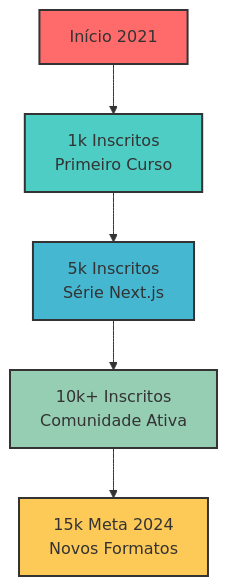
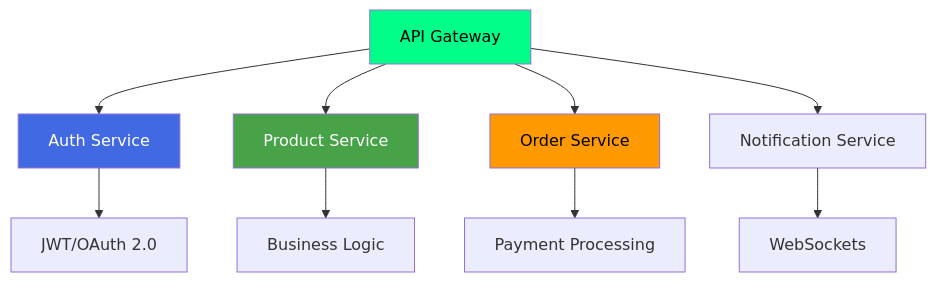
Before and after one commit to mentech93/mentech93: the second of 7 diagrams in README.md, drawn with Mermaid. The commit also changed other lines of this file, not shown here.

````diff
--- a/README.md
+++ b/README.md
@@ -165,13 +108,17 @@
 ```mermaid
-graph TD
-    A[Início 2021] --> B[1k Inscritos<br/>Primeiro Curso];
-    B --> C[5k Inscritos<br/>Série Next.js];
-    C --> D[10k+ Inscritos<br/>Comunidade Ativa];
-    D --> E[15k Meta 2024<br/>Novos Formatos];
+graph TB
+    A[API Gateway] --> B[Auth Service]
+    A --> C[Product Service]
+    A --> D[Order Service]
+    A --> E[Notification Service]
     
-    style A fill:#ff6b6b,stroke:#333,stroke-width:2px
-    style B fill:#4ecdc4,stroke:#333,stroke-width:2px
-    style C fill:#45b7d1,stroke:#333,stroke-width:2px
-    style D fill:#96ceb4,stroke:#333,stroke-width:2px
-    style E fill:#feca57,stroke:#333,stroke-width:2px
+    B --> F[JWT/OAuth 2.0]
+    C --> G[Business Logic]
+    D --> H[Payment Processing]
+    E --> I[WebSockets]
+    
+    style A fill:#00ff88,color:#000
+    style B fill:#4169E1,color:#fff
+    style C fill:#47A248,color:#fff
+    style D fill:#FF9900,color:#000
 ```
````
